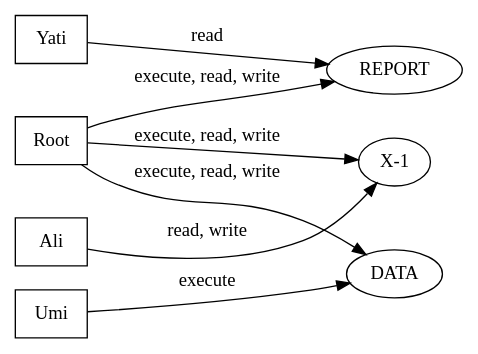
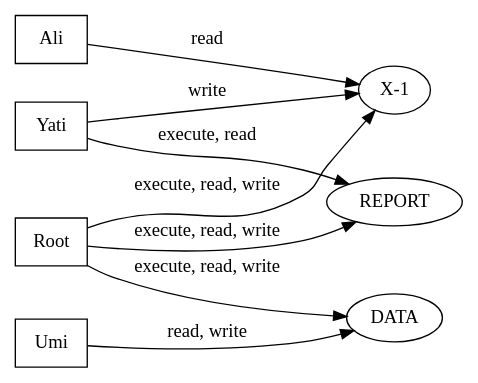
Before and after one commit to jerkfish/paper-generator: the fourth of 5 diagrams in outputs/acm_samples.md, drawn with Graphviz. The commit also changed other lines of this file and 21 other files, not shown here.

````diff
--- a/outputs/acm_samples.md
+++ b/outputs/acm_samples.md
@@ -211,19 +212,20 @@
 ```dot
 digraph ACM {
   rankdir=LR;
   node [shape=box];
   "Ali";
   "Yati";
   "Umi";
   "Root";
   "X-1" [shape=ellipse];
   "REPORT" [shape=ellipse];
   "DATA" [shape=ellipse];
-  "Ali" -> "X-1" [label="read, write"];
+  "Ali" -> "X-1" [label="read"];
   "Root" -> "DATA" [label="execute, read, write"];
   "Root" -> "REPORT" [label="execute, read, write"];
   "Root" -> "X-1" [label="execute, read, write"];
-  "Umi" -> "DATA" [label="execute"];
-  "Yati" -> "REPORT" [label="read"];
+  "Umi" -> "DATA" [label="read, write"];
+  "Yati" -> "REPORT" [label="execute, read"];
+  "Yati" -> "X-1" [label="write"];
 }
 ```
````
